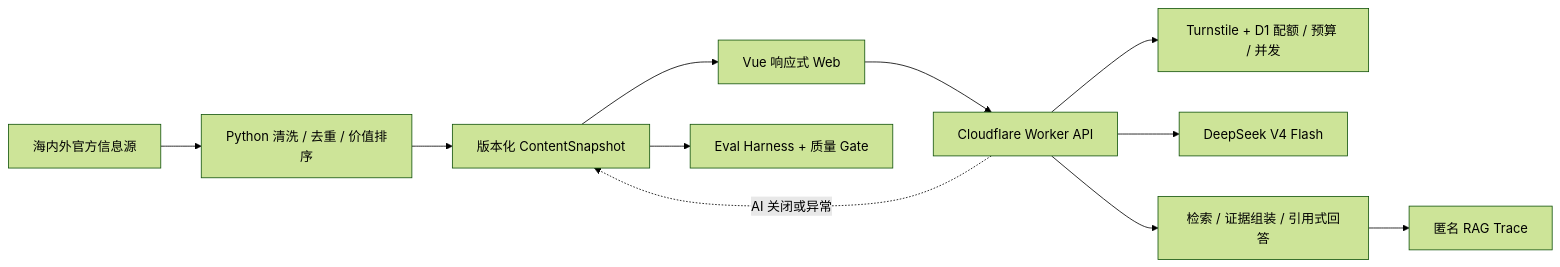
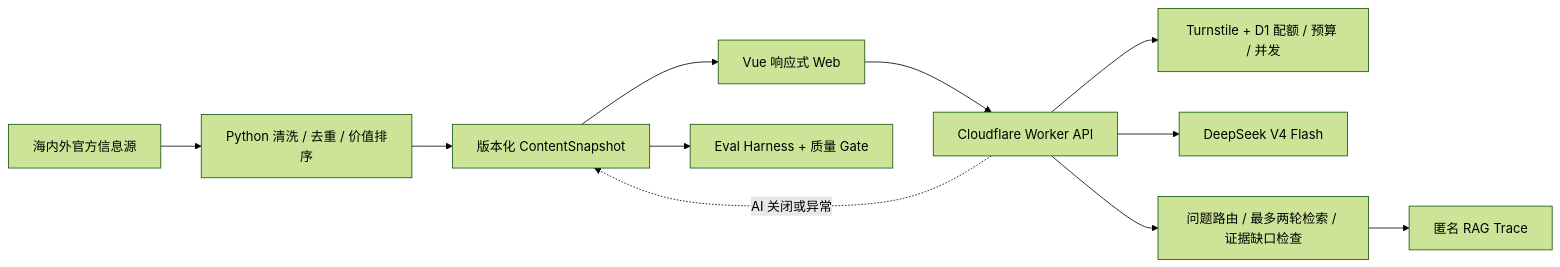
Before and after one commit to Dyj0926D/newseviday: the diagram in README.md, drawn with Mermaid (forest theme). The commit also changed other lines of this file and 37 other files, not shown here.

````diff
--- a/README.md
+++ b/README.md
@@ -30,13 +30,13 @@
 ```mermaid
 flowchart LR
     Sources["海内外官方信息源"] --> Pipeline["Python 清洗 / 去重 / 价值排序"]
     Pipeline --> Snapshot["版本化 ContentSnapshot"]
     Snapshot --> Web["Vue 响应式 Web"]
     Web --> Worker["Cloudflare Worker API"]
     Worker --> Guardrails["Turnstile + D1 配额 / 预算 / 并发"]
     Worker --> Model["DeepSeek V4 Flash"]
-    Worker --> RAG["检索 / 证据组装 / 引用式回答"]
+    Worker --> RAG["问题路由 / 最多两轮检索 / 证据缺口检查"]
     RAG --> Trace["匿名 RAG Trace"]
     Snapshot --> Eval["Eval Harness + 质量 Gate"]
     Worker -. "AI 关闭或异常" .-> Snapshot
 ```
````
